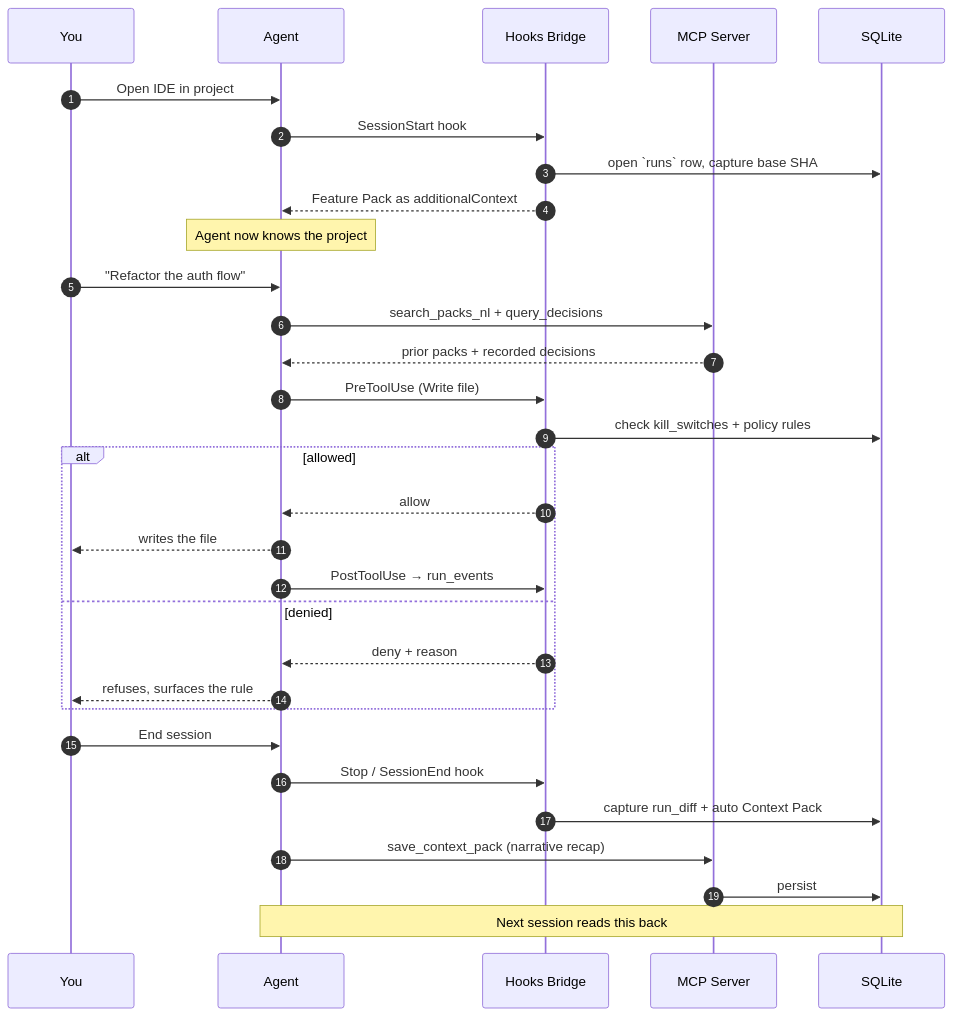
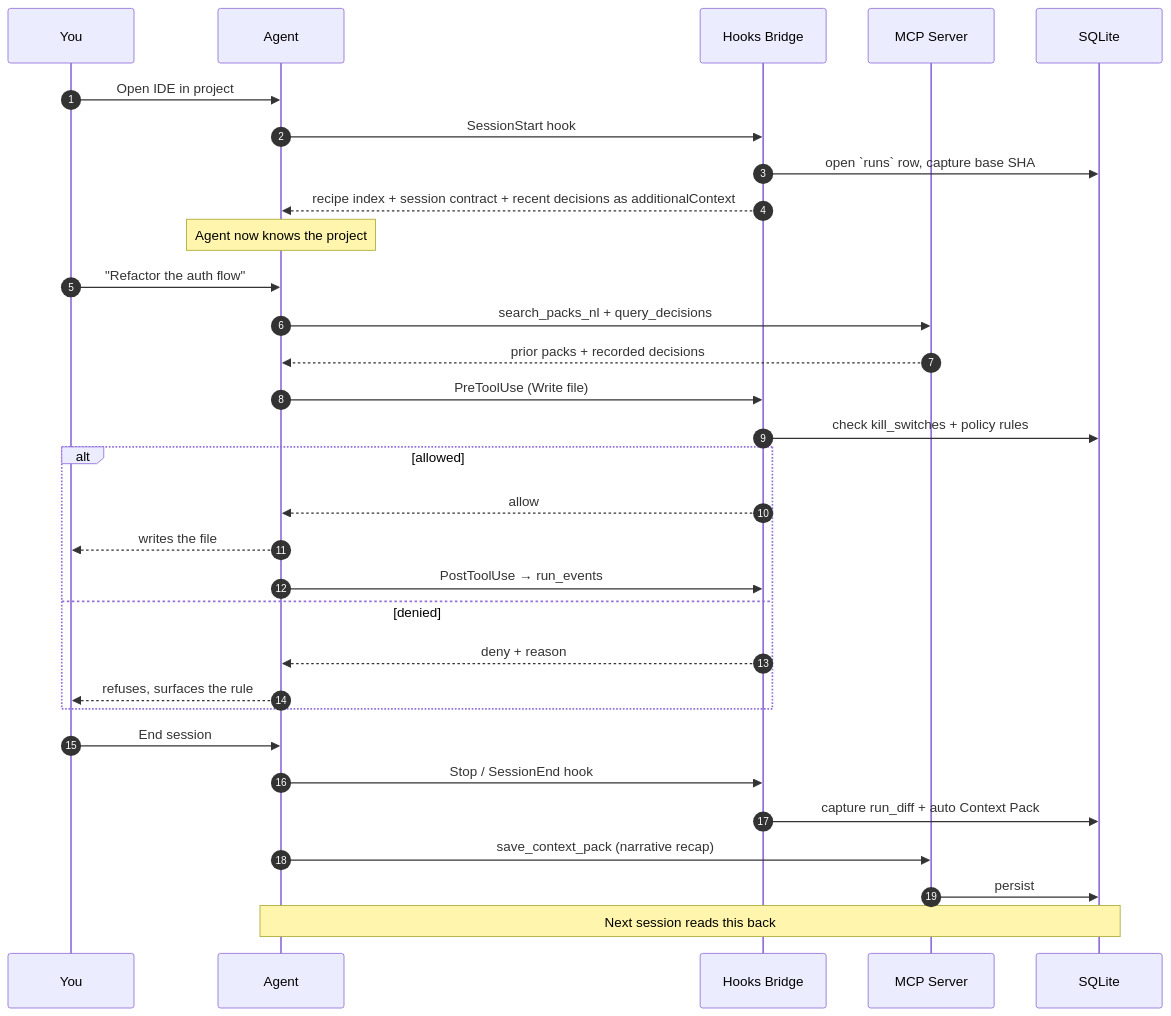
The second of 2 diagrams in README.md (matrix-maven/Coodra), drawn with Mermaid before and after one commit. The commit also changed other lines of this file and 114 other files, not shown here.

First line of the commit message:
Remove docs/feature-packs/ legacy dir and custom Graphify MCP wiring

````diff
--- a/README.md
+++ b/README.md
@@ -85,37 +85,37 @@
 ```mermaid
 sequenceDiagram
   autonumber
   participant U as You
   participant A as Agent
   participant H as Hooks Bridge
   participant M as MCP Server
   participant D as SQLite
 
   U->>A: Open IDE in project
   A->>H: SessionStart hook
   H->>D: open `runs` row, capture base SHA
-  H-->>A: Feature Pack as additionalContext
+  H-->>A: recipe index + session contract + recent decisions as additionalContext
   Note over A: Agent now knows the project
 
   U->>A: "Refactor the auth flow"
   A->>M: search_packs_nl + query_decisions
   M-->>A: prior packs + recorded decisions
 
   A->>H: PreToolUse (Write file)
   H->>D: check kill_switches + policy rules
   alt allowed
     H-->>A: allow
     A-->>U: writes the file
     A->>H: PostToolUse → run_events
   else denied
     H-->>A: deny + reason
     A-->>U: refuses, surfaces the rule
   end
 
   U->>A: End session
   A->>H: Stop / SessionEnd hook
   H->>D: capture run_diff + auto Context Pack
   A->>M: save_context_pack (narrative recap)
   M->>D: persist
   Note over A,D: Next session reads this back
 ```
````
